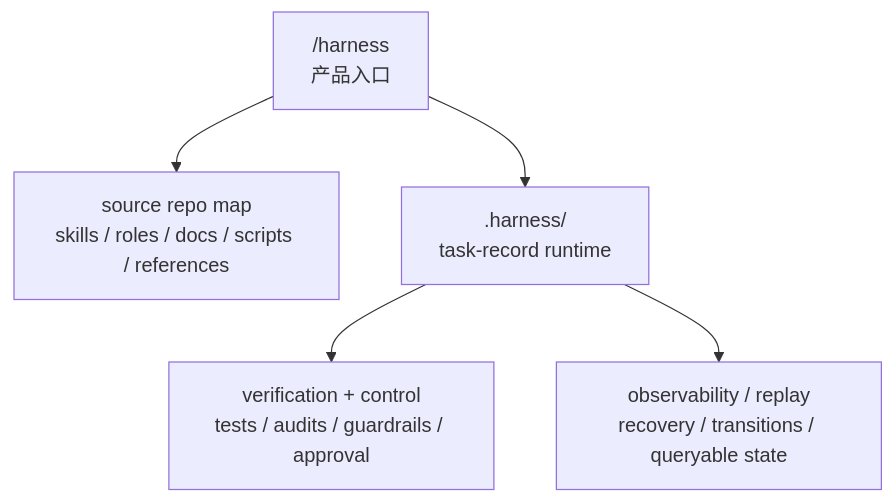
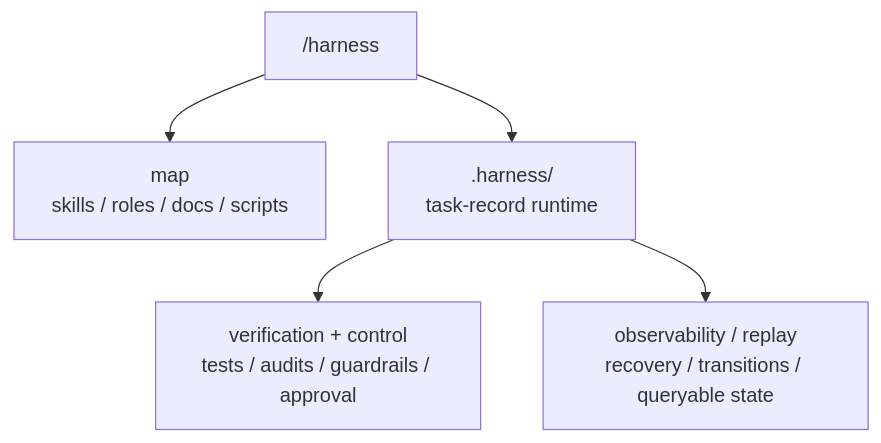
Before and after one commit to qOeOp/harness: the diagram in README.md, drawn with Mermaid. The commit also changed other lines of this file and 9 other files, not shown here.

````diff
--- a/README.md
+++ b/README.md
@@ -69,7 +92,7 @@
 ```mermaid
 flowchart TD
-    A["/harness<br/>产品入口"] --> B["source repo map<br/>skills / roles / docs / scripts / references"]
+    A["/harness"] --> B["map<br/>skills / roles / docs / scripts"]
     A --> C[".harness/<br/>task-record runtime"]
     C --> D["verification + control<br/>tests / audits / guardrails / approval"]
     C --> E["observability / replay<br/>recovery / transitions / queryable state"]
 ```
````
